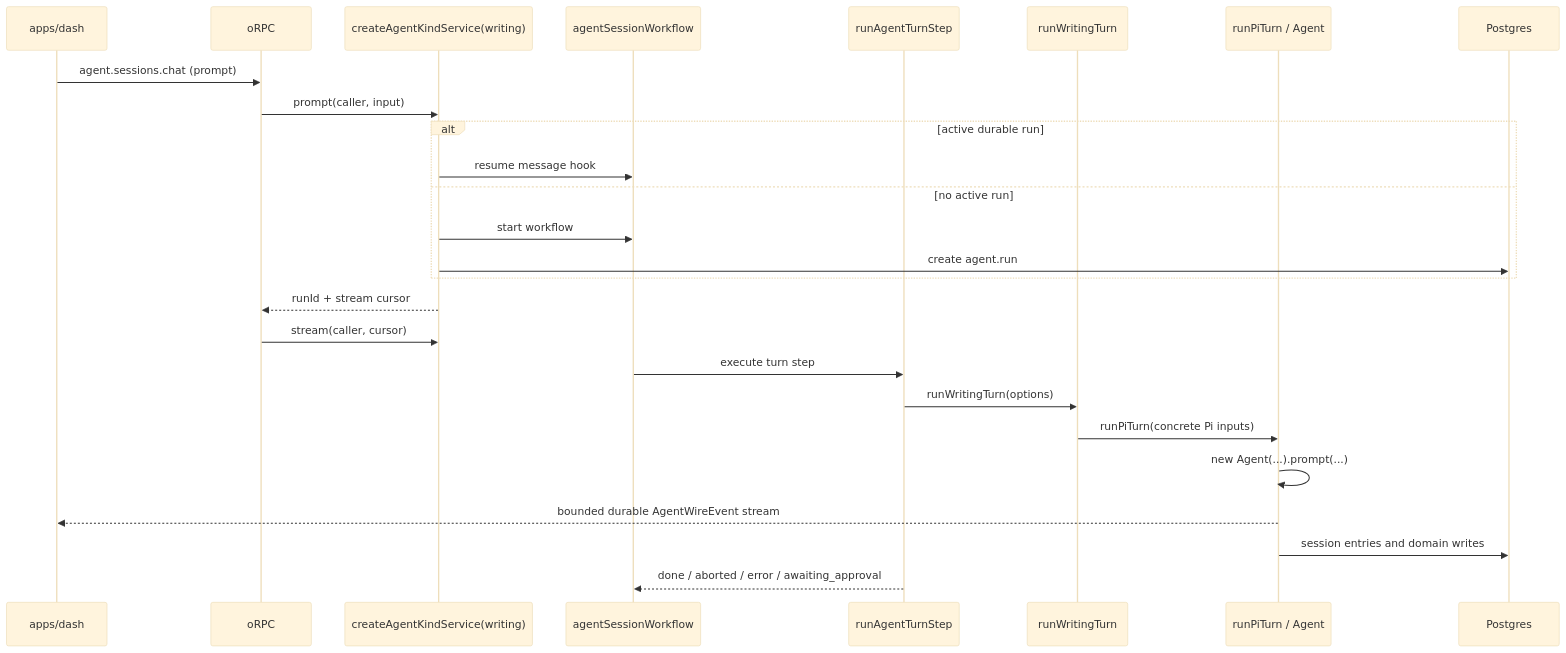
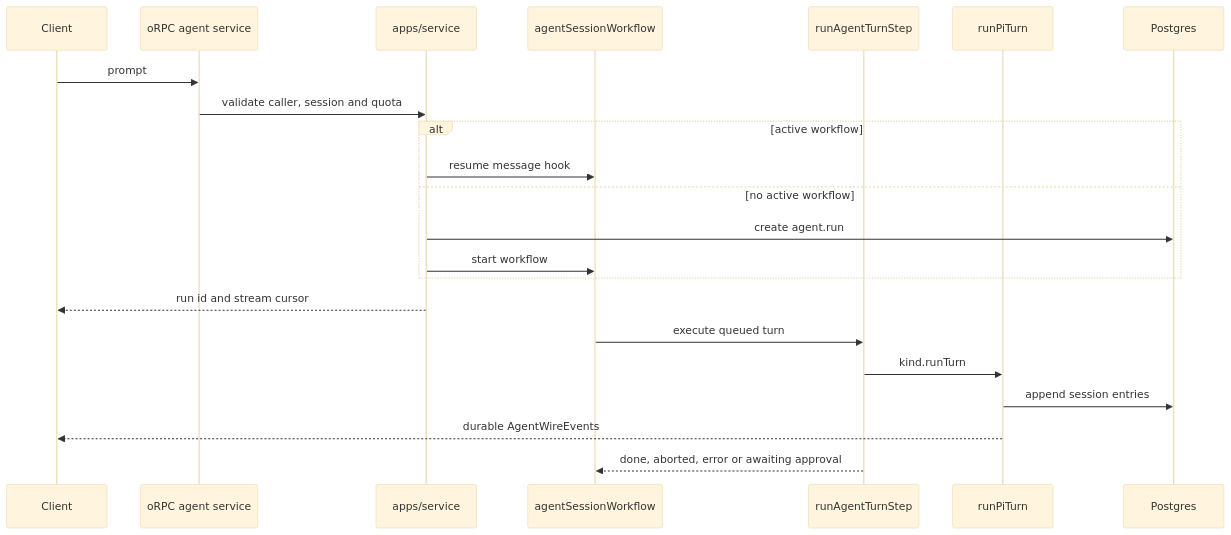
Before and after one commit to Chia1104/chia1104.dev: the second of 3 diagrams in docs/agent-architecture.md, drawn with Mermaid (base theme). The commit also changed other lines of this file and 4 other files, not shown here.

````diff
--- a/docs/agent-architecture.md
+++ b/docs/agent-architecture.md
@@ -268,29 +104,25 @@
 ```mermaid
 sequenceDiagram
-    participant UI as apps/dash
-    participant RPC as oRPC
-    participant SVC as createAgentKindService(writing)
+    participant UI as Client
+    participant API as oRPC agent service
+    participant SVC as apps/service
     participant WF as agentSessionWorkflow
     participant STEP as runAgentTurnStep
-    participant WR as runWritingTurn
-    participant PI as runPiTurn / Agent
+    participant RT as runPiTurn
     participant PG as Postgres
 
-    UI->>RPC: agent.sessions.chat (prompt)
-    RPC->>SVC: prompt(caller, input)
-    alt active durable run
+    UI->>API: prompt
+    API->>SVC: validate caller, session and quota
+    alt active workflow
         SVC->>WF: resume message hook
-    else no active run
+    else no active workflow
+        SVC->>PG: create agent.run
         SVC->>WF: start workflow
-        SVC->>PG: create agent.run
     end
-    SVC-->>RPC: runId + stream cursor
-    RPC->>SVC: stream(caller, cursor)
-    WF->>STEP: execute turn step
-    STEP->>WR: runWritingTurn(options)
-    WR->>PI: runPiTurn(concrete Pi inputs)
-    PI->>PI: new Agent(...).prompt(...)
-    PI-->>UI: bounded durable AgentWireEvent stream
-    PI->>PG: session entries and domain writes
-    STEP-->>WF: done / aborted / error / awaiting_approval
+    SVC-->>UI: run id and stream cursor
+    WF->>STEP: execute queued turn
+    STEP->>RT: kind.runTurn
+    RT->>PG: append session entries
+    RT-->>UI: durable AgentWireEvents
+    STEP-->>WF: done, aborted, error or awaiting approval
 ```
````
